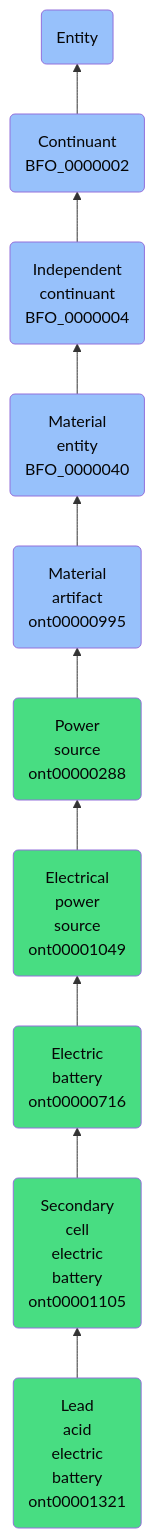
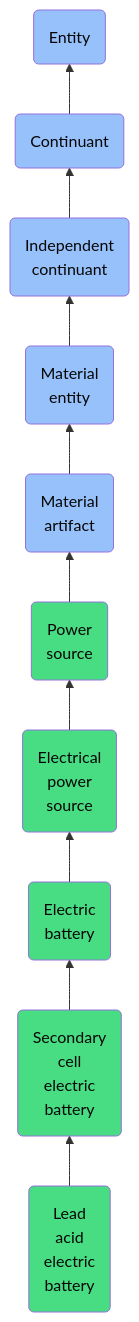
The diagram in docs/ontology/reference/model/Entity/Continuant/Independent continuant/Material entity/Material artifact/Power source/Electrical power source/Electric battery/Secondary cell electric battery/Lead acid electric battery/Lead acid electric battery.md (jupyter-naas/abi), drawn with Mermaid before and after one commit. The commit also changed other lines of this file and 1430 other files, not shown here.

````diff
--- a/docs/ontology/reference/model/Entity/Continuant/Independent continuant/Material entity/Material artifact/Power source/Electrical power source/Electric battery/Secondary cell electric battery/Lead acid electric battery/Lead acid electric battery.md
+++ b/docs/ontology/reference/model/Entity/Continuant/Independent continuant/Material entity/Material artifact/Power source/Electrical power source/Electric battery/Secondary cell electric battery/Lead acid electric battery/Lead acid electric battery.md
@@ -24,17 +24,17 @@
 ```mermaid
 graph BT
-    ont00001321(Lead<br>acid<br>electric<br>battery<br>ont00001321):::ABI-->ont00001105
-    ont00001105(Secondary<br>cell<br>electric<br>battery<br>ont00001105):::ABI-->ont00000716
-    ont00000716(Electric<br>battery<br>ont00000716):::ABI-->ont00001049
-    ont00001049(Electrical<br>power<br>source<br>ont00001049):::ABI-->ont00000288
-    ont00000288(Power<br>source<br>ont00000288):::ABI-->ont00000995
-    ont00000995(Material<br>artifact<br>ont00000995):::BFO-->BFO_0000040
-    BFO_0000040(Material<br>entity<br>BFO_0000040):::BFO-->BFO_0000004
-    BFO_0000004(Independent<br>continuant<br>BFO_0000004):::BFO-->BFO_0000002
-    BFO_0000002(Continuant<br>BFO_0000002):::BFO-->BFO_0000001
+    ont00001321(Lead<br>acid<br>electric<br>battery):::ABI-->ont00001105
+    ont00001105(Secondary<br>cell<br>electric<br>battery):::ABI-->ont00000716
+    ont00000716(Electric<br>battery):::ABI-->ont00001049
+    ont00001049(Electrical<br>power<br>source):::ABI-->ont00000288
+    ont00000288(Power<br>source):::ABI-->ont00000995
+    ont00000995(Material<br>artifact):::BFO-->BFO_0000040
+    BFO_0000040(Material<br>entity):::BFO-->BFO_0000004
+    BFO_0000004(Independent<br>continuant):::BFO-->BFO_0000002
+    BFO_0000002(Continuant):::BFO-->BFO_0000001
     BFO_0000001(Entity):::BFO
     
     classDef BFO fill:#97c1fb,color:#060606
     classDef CCO fill:#e4c51e,color:#060606
     classDef ABI fill:#48DD82,color:#060606
 ```
````
